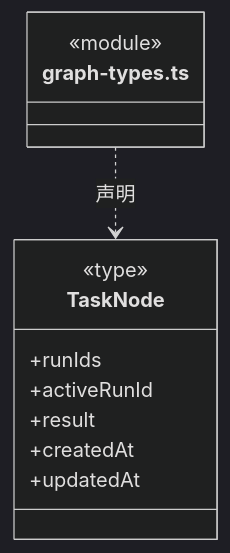
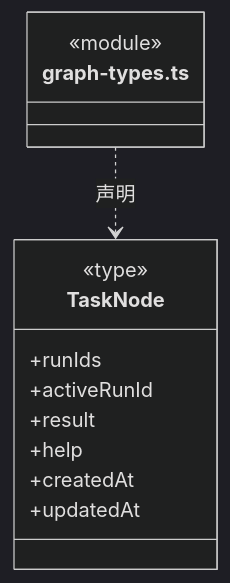
One commit to nan023062/cbim changed diagram 20 of 60 in src/backend/core/tasks/ARCHITECTURE.md. Above: the diagram before and after it, drawn with Mermaid (dark theme). The commit also changed other lines of this file and 47 other files, not shown here.

````diff
--- a/src/backend/core/tasks/ARCHITECTURE.md
+++ b/src/backend/core/tasks/ARCHITECTURE.md
@@ -512,15 +523,16 @@
 ```mermaid
 classDiagram
 class N_src_backend_core_tasks_graph_types_ts["graph-types.ts"] {
   <<module>>
 }
 class N_src_backend_core_tasks_graph_types_ts_TaskNode["TaskNode"] {
   <<type>>
   +runIds
   +activeRunId
   +result
+  +help
   +createdAt
   +updatedAt
 }
 N_src_backend_core_tasks_graph_types_ts ..> N_src_backend_core_tasks_graph_types_ts_TaskNode : 声明
 ```
````
